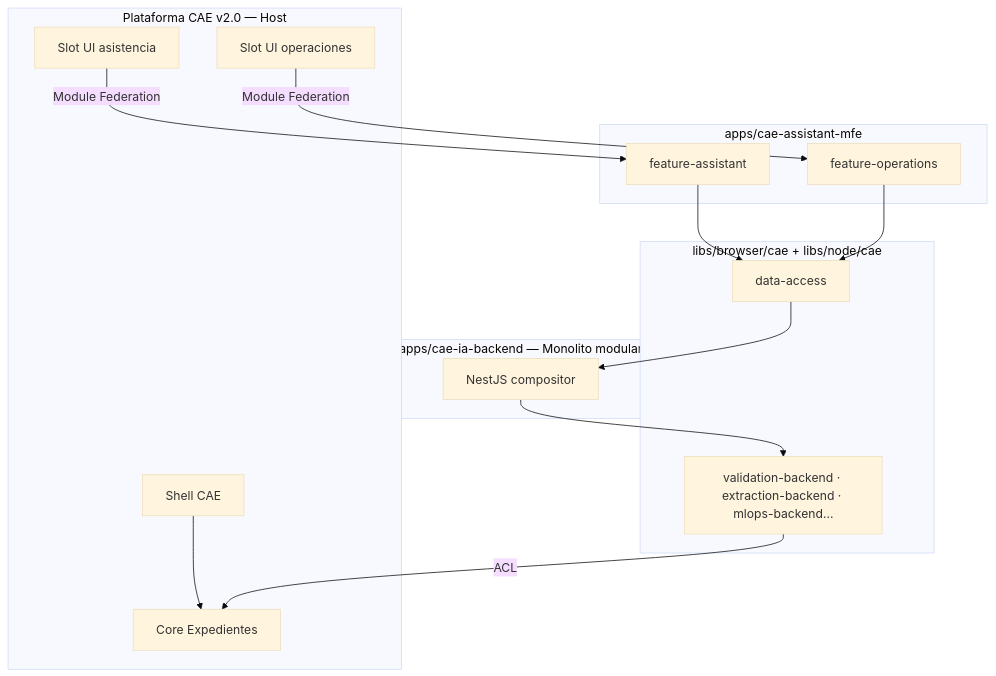
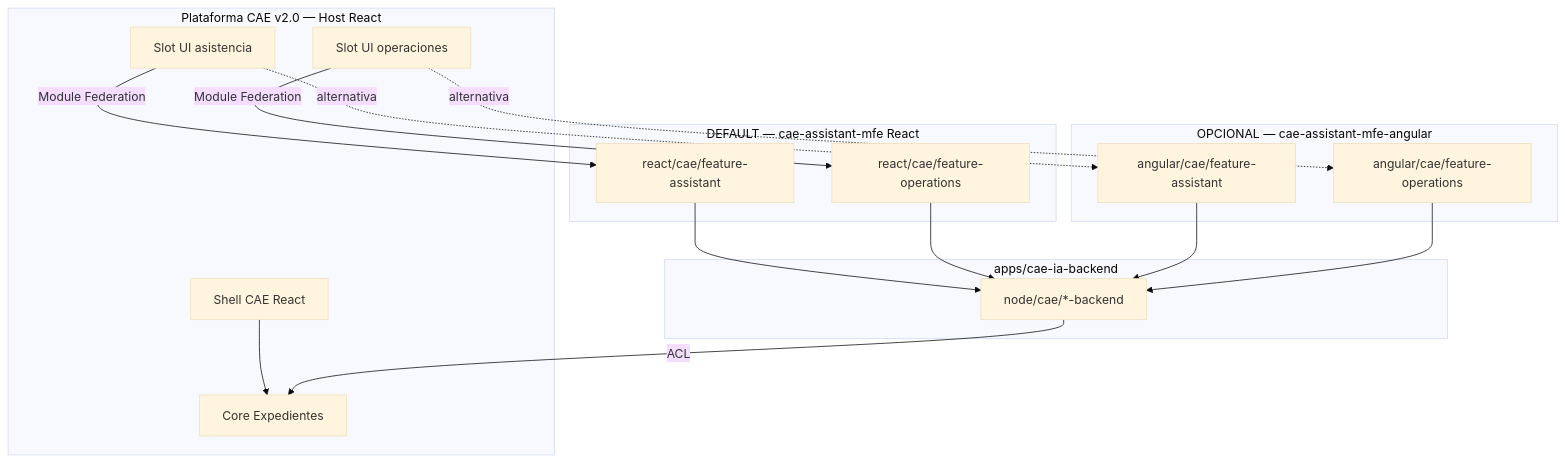
The third of 7 diagrams in caedocs/ESPECIFICACION-FUNCIONAL-v3.0.md (angelnietos/erp), drawn with Mermaid (base theme) before and after one commit. The commit also changed other lines of this file and 10 other files, not shown here.

````diff
--- a/caedocs/ESPECIFICACION-FUNCIONAL-v3.0.md
+++ b/caedocs/ESPECIFICACION-FUNCIONAL-v3.0.md
@@ -404,31 +409,31 @@
 ```mermaid
 flowchart TB
-    subgraph CAE["Plataforma CAE v2.0 — Host"]
-        H["Shell CAE"]
+    subgraph CAE["Plataforma CAE v2.0 — Host React"]
+        H["Shell CAE React"]
         EXP["Core Expedientes"]
         S1["Slot UI asistencia"]
         S2["Slot UI operaciones"]
     end
 
-    subgraph MFE["apps/cae-assistant-mfe"]
-        FA["feature-assistant"]
-        FO["feature-operations"]
+    subgraph MFE_R["DEFAULT — cae-assistant-mfe React"]
+        R_FA["react/cae/feature-assistant"]
+        R_FO["react/cae/feature-operations"]
     end
 
-    subgraph LIBS["libs/browser/cae + libs/node/cae"]
-        DA["data-access"]
-        BE["validation-backend · extraction-backend · mlops-backend…"]
+    subgraph MFE_A["OPCIONAL — cae-assistant-mfe-angular"]
+        A_FA["angular/cae/feature-assistant"]
+        A_FO["angular/cae/feature-operations"]
     end
 
-    subgraph APP["apps/cae-ia-backend — Monolito modular"]
-        HOST["NestJS compositor"]
+    subgraph BACK["apps/cae-ia-backend"]
+        BE["node/cae/*-backend"]
     end
 
     H --> EXP
-    S1 -->|Module Federation| FA
-    S2 -->|Module Federation| FO
-    FA & FO --> DA
-    DA --> HOST
-    HOST --> BE
+    S1 -->|Module Federation| R_FA
+    S2 -->|Module Federation| R_FO
+    S1 -.->|alternativa| A_FA
+    S2 -.->|alternativa| A_FO
+    R_FA & R_FO & A_FA & A_FO --> BE
     BE -->|ACL| EXP
 ```
````
